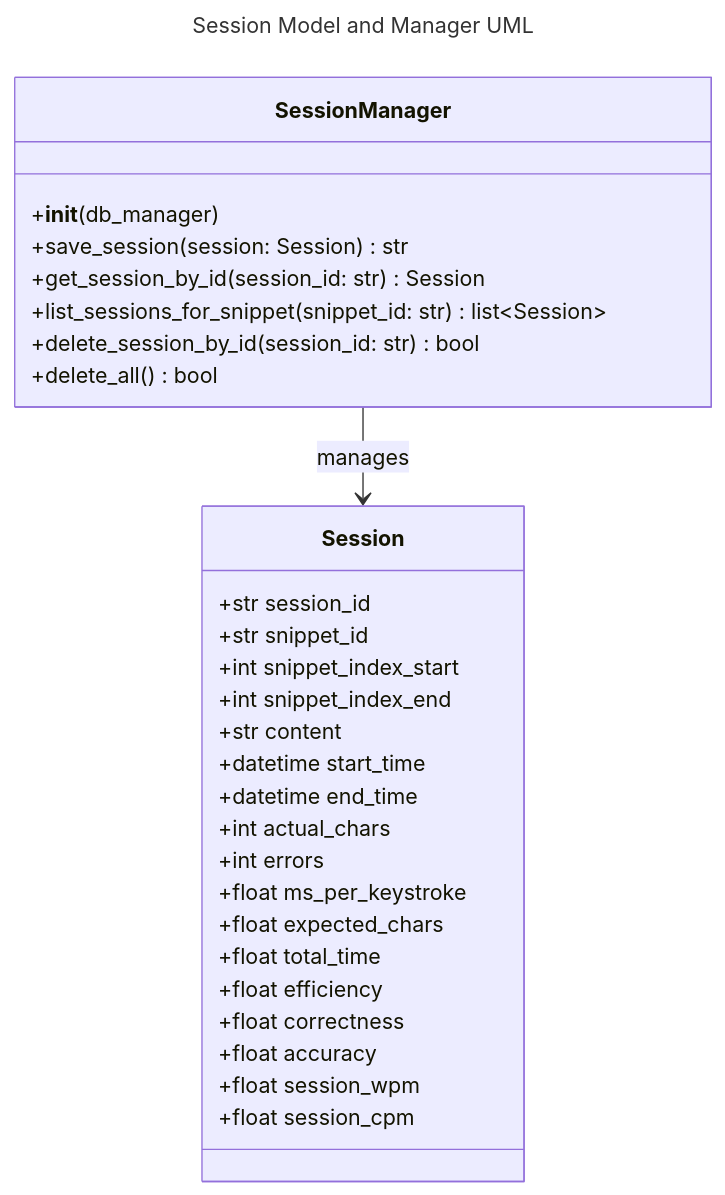
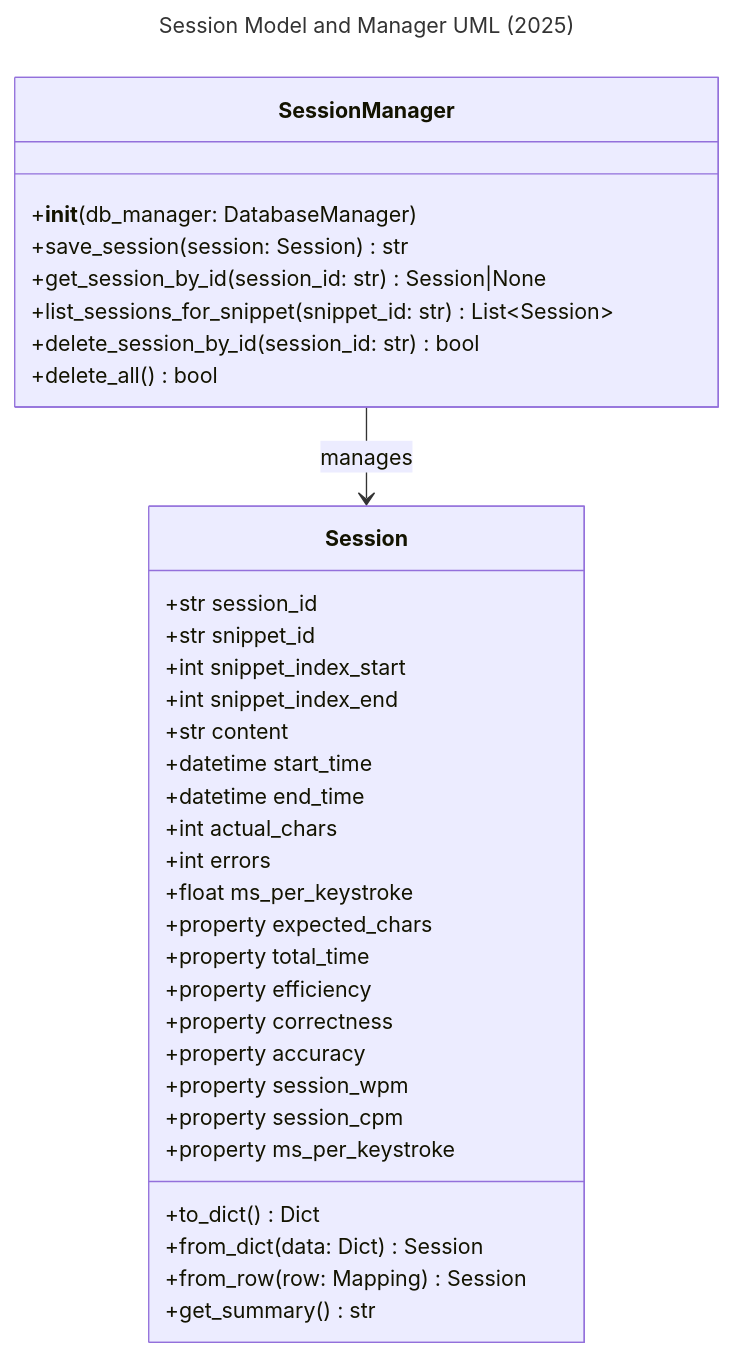
The diagram in Prompts/Session.md (SeanAdams10/AITypingTrainer), drawn with Mermaid before and after one commit. The commit also changed other lines of this file and 8 other files, not shown here.

Commit message:
Session and Session Manager now testing at 100% - not yet linted and ruffed though

````diff
--- a/Prompts/Session.md
+++ b/Prompts/Session.md
@@ -96,34 +95,39 @@
 ```mermaid
 ---
-title: Session Model and Manager UML
+title: Session Model and Manager UML (2025)
 ---
 classDiagram
     class Session {
         +str session_id
         +str snippet_id
         +int snippet_index_start
         +int snippet_index_end
         +str content
         +datetime start_time
         +datetime end_time
         +int actual_chars
         +int errors
         +float ms_per_keystroke
-        +float expected_chars
-        +float total_time
-        +float efficiency
-        +float correctness
-        +float accuracy
-        +float session_wpm
-        +float session_cpm
+        +property expected_chars
+        +property total_time
+        +property efficiency
+        +property correctness
+        +property accuracy
+        +property session_wpm
+        +property session_cpm
+        +property ms_per_keystroke
+        +to_dict() Dict
+        +from_dict(data: Dict) Session
+        +from_row(row: Mapping) Session
+        +get_summary() str
     }
     class SessionManager {
-        +__init__(db_manager)
+        +__init__(db_manager: DatabaseManager)
         +save_session(session: Session) str
-        +get_session_by_id(session_id: str) Session
-        +list_sessions_for_snippet(snippet_id: str) list~Session~
+        +get_session_by_id(session_id: str) Session|None
+        +list_sessions_for_snippet(snippet_id: str) List~Session~
         +delete_session_by_id(session_id: str) bool
         +delete_all() bool
     }
     SessionManager --> Session : manages
 ```
````
